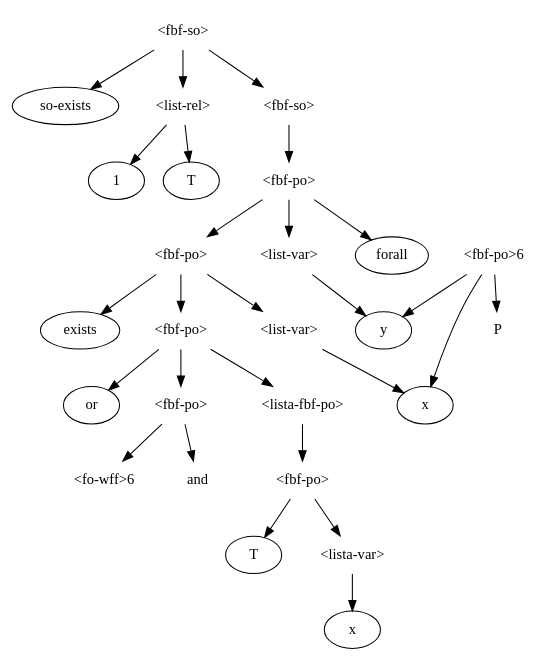
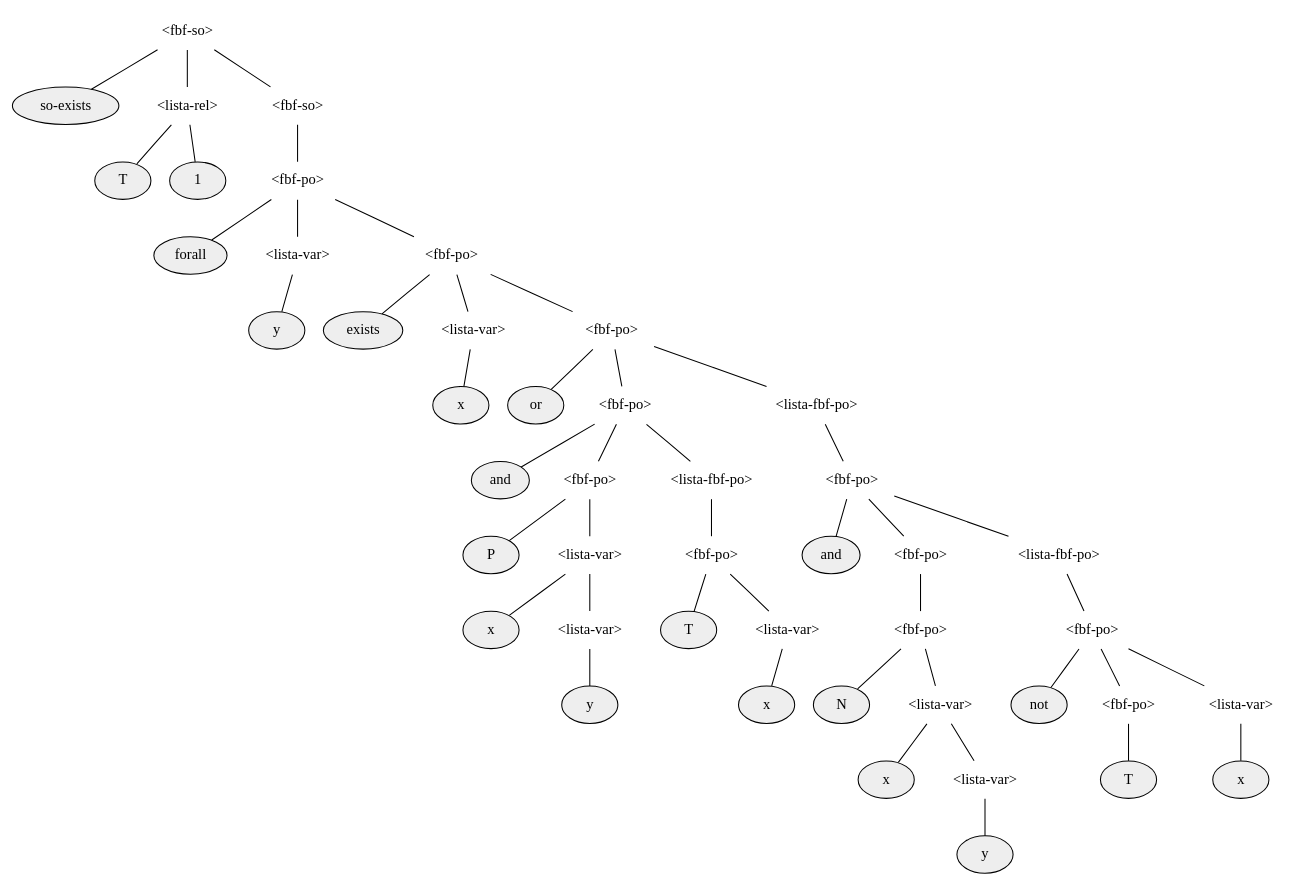
Before and after one commit to alemacgo/dct-planning: the diagram in report/figuras/arbolsintaxis.dot, drawn with Graphviz. The commit also changed 1 other file, not shown here.

```diff
--- a/report/figuras/arbolsintaxis.dot
+++ b/report/figuras/arbolsintaxis.dot
@@ -1,50 +1,106 @@
-digraph G {
+graph G {
     node[shape=plaintext];
 
-    "<fbf-so>" -> "so-exists";
-    "<fbf-so>" -> "<list-rel>";
-    "<fbf-so>" -> "<fbf-so>2";
-    "<list-rel>" -> "T";
-    "<list-rel>" -> "1";
-    "<fbf-so>2" -> "<fbf-po>"
-    "<fbf-po>" -> "forall"
-    "<fbf-po>" -> "<list-var>"
-    "<list-var>" -> "y"
-    "<fbf-po>" -> "<fbf-po>2"
-    "<fbf-po>2" -> "exists"
-    "<fbf-po>2" -> "<list-var>2"
-    "<list-var>2" -> "x"
-    "<fbf-po>2" -> "<fbf-po>3"
-    "<fbf-po>3" -> "or"
-    "<fbf-po>3" -> "<fbf-po>4"
-    "<fbf-po>4" -> "and"
-    "<fbf-po>4" -> "<fo-wff>6"
-    "<fbf-po>6" -> "P"
-    "<fbf-po>6" -> "x"
-    "<fbf-po>6" -> "y"
-    "<fbf-po>3" -> "<lista-fbf-po>"
-    "<lista-fbf-po>" -> "<fbf-po>5"
-    "<fbf-po>5" -> "T2"
-    "<fbf-po>5" -> "<lista-var>"
-    "<lista-var>" -> "x2"
+    "<fbf-so>" -- "so-exists";
+    "<fbf-so>" -- "<lista-rel>";
+    "<fbf-so>" -- "<fbf-so>2";
+    "<lista-rel>" -- "T";
+    "<lista-rel>" -- "1";
+    "<fbf-so>2" -- "<fbf-po>";
+    "<fbf-po>" -- "forall";
+    "<fbf-po>" -- "<lista-var>";
+    "<lista-var>" -- "y";
+    "<fbf-po>" -- "<fbf-po>2";
+    "<fbf-po>2" -- "exists";
+    "<fbf-po>2" -- "<lista-var>2";
+    "<lista-var>2" -- "x";
+    "<fbf-po>2" -- "<fbf-po>3";
+    "<fbf-po>3" -- "or";
+    "<fbf-po>3" -- "<fbf-po>4";
+    "<fbf-po>4" -- "and";
+    "<fbf-po>4" -- "<fbf-po>6";
+    "<fbf-po>6" -- "P";
+
+    "<fbf-po>6" -- "<lista-var>5";
+    "<lista-var>5" -- "x3";
+    "<lista-var>5" -- "<lista-var>6";
+    "<lista-var>6" -- "y2";
+
+    "<fbf-po>4" -- "<lista-fbf-po>2";
+    "<fbf-po>3" -- "<lista-fbf-po>";
+
+    "<lista-fbf-po>2" -- "<fbf-po>9";
+    "<fbf-po>9" -- "T2"
+    "<fbf-po>9" -- "<lista-var>9"
+    "<lista-var>9" -- "x5"
+
+    "<lista-fbf-po>" -- "<fbf-po>7"
+    "<fbf-po>7" -- "and2"
+    "<fbf-po>7" -- "<fbf-po>8"
+    "<fbf-po>8" -- "<fbf-po>11" -- "N"
+    "<fbf-po>11" -- "<lista-var>7"
+    "<lista-var>7" -- "x4"
+    "<lista-var>7" -- "<lista-var>8"
+    "<lista-var>8" -- "y3"
+
+    "<fbf-po>7" -- "<lista-fbf-po>3"
+    "<lista-fbf-po>3" -- "<fbf-po>10"
+    "<fbf-po>10" -- "not"
+    "<fbf-po>10" -- "<fbf-po>12"
+    "<fbf-po>12" -- "T3"
+    "<fbf-po>10" -- "<lista-var>10"
+    "<lista-var>10" -- "x2"
 
     "<fbf-so>2" [label="<fbf-so>"];
     "<fbf-po>2" [label="<fbf-po>"];
     "<fbf-po>3" [label="<fbf-po>"];
     "<fbf-po>4" [label="<fbf-po>"];
-    "<fbf-po>5" [label="<fbf-po>"];
-    "<list-var>2" [label="<list-var>"];
+    "<fbf-po>6" [label="<fbf-po>"];
+    "<fbf-po>7" [label="<fbf-po>"];
+    "<fbf-po>8" [label="<fbf-po>"];
+    "<fbf-po>9" [label="<fbf-po>"];
+    "<fbf-po>10" [label="<fbf-po>"];
+    "<fbf-po>11" [label="<fbf-po>"];
+    "<fbf-po>12" [label="<fbf-po>"];
+    "<lista-fbf-po>2" [label="<lista-fbf-po>"];
+    "<lista-fbf-po>3" [label="<lista-fbf-po>"];
+    "<lista-var>2" [label="<lista-var>"];
+    "<lista-var>5" [label="<lista-var>"];
+    "<lista-var>6" [label="<lista-var>"];
+    "<lista-var>7" [label="<lista-var>"];
+    "<lista-var>8" [label="<lista-var>"];
+    "<lista-var>9" [label="<lista-var>"];
+    "<lista-var>10" [label="<lista-var>"];
     "T2" [label="T"];
+    "T3" [label="T"];
     "x2" [label="x"];
-    "so-exists" [shape=ellipse];
-    "T" [shape=ellipse];
-    "T2" [shape=ellipse];
-    "1" [shape=ellipse];
-    "forall" [shape=ellipse];
-    "y" [shape=ellipse];
-    "exists" [shape=ellipse];
-    "x" [shape=ellipse];
-    "x2" [shape=ellipse];
-    "or" [shape=ellipse];
+    "x3" [label="x"];
+    "x4" [label="x"];
+    "x5" [label="x"];
+    "y2" [label="y"];
+    "y3" [label="y"];
+    "and2" [label="and"];
+
+    "so-exists" [shape=ellipse, style="filled", fillcolor="#eeeeee"];
+    "T" [shape=ellipse, style="filled", fillcolor="#eeeeee"];
+    "T2" [shape=ellipse, style="filled", fillcolor="#eeeeee"];
+    "T3" [shape=ellipse, style="filled", fillcolor="#eeeeee"];
+    "P" [shape=ellipse, style="filled", fillcolor="#eeeeee"];
+    "N" [shape=ellipse, style="filled", fillcolor="#eeeeee"];
+    "1" [shape=ellipse, style="filled", fillcolor="#eeeeee"];
+    "forall" [shape=ellipse, style="filled", fillcolor="#eeeeee"];
+    "y" [shape=ellipse, style="filled", fillcolor="#eeeeee"];
+    "y2" [shape=ellipse, style="filled", fillcolor="#eeeeee"];
+    "y3" [shape=ellipse, style="filled", fillcolor="#eeeeee"];
+    "exists" [shape=ellipse, style="filled", fillcolor="#eeeeee"];
+    "x" [shape=ellipse, style="filled", fillcolor="#eeeeee"];
+    "x2" [shape=ellipse, style="filled", fillcolor="#eeeeee"];
+    "x3" [shape=ellipse, style="filled", fillcolor="#eeeeee"];
+    "x4" [shape=ellipse, style="filled", fillcolor="#eeeeee"];
+    "x5" [shape=ellipse, style="filled", fillcolor="#eeeeee"];
+    "or" [shape=ellipse, style="filled", fillcolor="#eeeeee"];
+    "not" [shape=ellipse, style="filled", fillcolor="#eeeeee"];
+    "and" [shape=ellipse, style="filled", fillcolor="#eeeeee"];
+    "and2" [shape=ellipse, style="filled", fillcolor="#eeeeee"];
     //end [shape=Msquare];
 }
```
